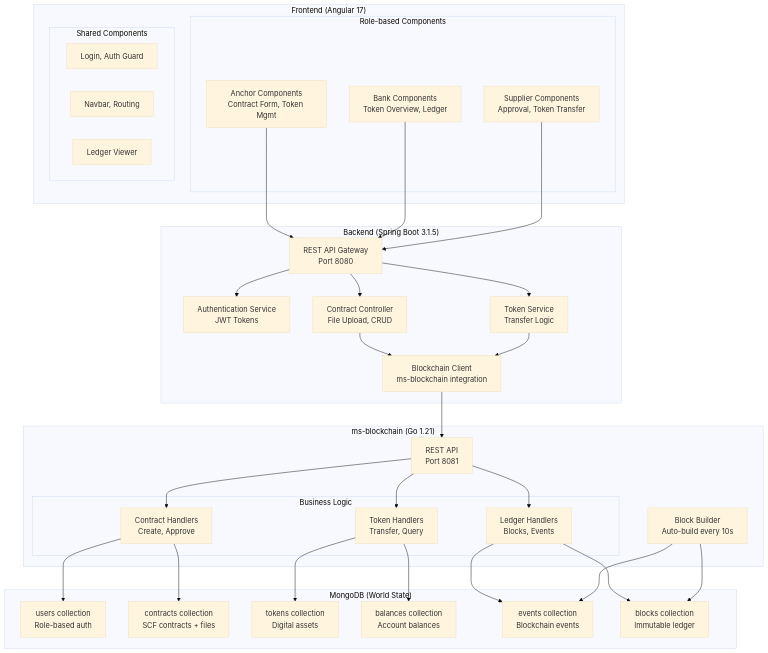
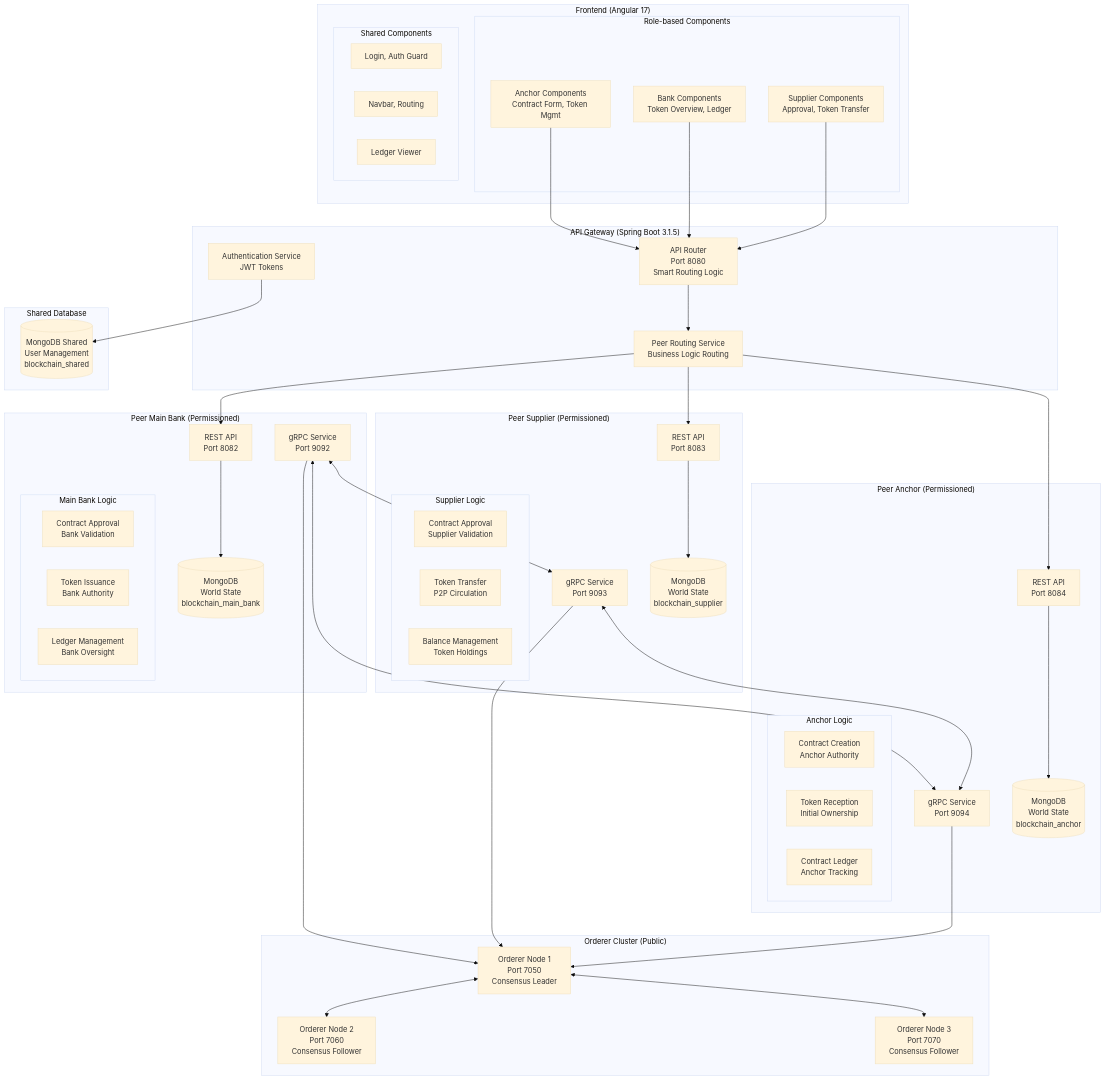
The first of 6 diagrams in SYSTEM_DIAGRAM.md (trunghc97/blockchain), drawn with Mermaid (base theme) before and after one commit. The commit also changed other lines of this file and 56 other files, not shown here.

First line of the commit message:
refactor: Implement permissioned blockchain architecture with multi-peer nodes and Orderer cluster

````diff
--- a/SYSTEM_DIAGRAM.md
+++ b/SYSTEM_DIAGRAM.md
@@ -25,55 +26,81 @@
         end
     end
 
-    subgraph "Backend (Spring Boot 3.1.5)"
-        API[REST API Gateway<br/>Port 8080]
+    subgraph "API Gateway (Spring Boot 3.1.5)"
+        AR[API Router<br/>Port 8080<br/>Smart Routing Logic]
         AUTH_S[Authentication Service<br/>JWT Tokens]
-        CONT[Contract Controller<br/>File Upload, CRUD]
-        TOK_S[Token Service<br/>Transfer Logic]
-        BC_C[Blockchain Client<br/>ms-blockchain integration]
+        PR[Peer Routing Service<br/>Business Logic Routing]
     end
 
-    subgraph "ms-blockchain (Go 1.21)"
-        REST[REST API<br/>Port 8081]
-        subgraph "Business Logic"
-            CON_H[Contract Handlers<br/>Create, Approve]
-            TOK_H[Token Handlers<br/>Transfer, Query]
-            LED_H[Ledger Handlers<br/>Blocks, Events]
-        end
-        BLDR[Block Builder<br/>Auto-build every 10s]
+    subgraph "Orderer Cluster (Public)"
+        ORD1[Orderer Node 1<br/>Port 7050<br/>Consensus Leader]
+        ORD2[Orderer Node 2<br/>Port 7060<br/>Consensus Follower]
+        ORD3[Orderer Node 3<br/>Port 7070<br/>Consensus Follower]
     end
 
-    subgraph "MongoDB (World State)"
-        USR[users collection<br/>Role-based auth]
-        CON[contracts collection<br/>SCF contracts + files]
-        TOK[tokens collection<br/>Digital assets]
-        BAL[balances collection<br/>Account balances]
-        EVT[events collection<br/>Blockchain events]
-        BLK[blocks collection<br/>Immutable ledger]
+    subgraph "Peer Main Bank (Permissioned)"
+        MB_API[REST API<br/>Port 8082]
+        MB_GRPC[gRPC Service<br/>Port 9092]
+        subgraph "Main Bank Logic"
+            MB_CON[Contract Approval<br/>Bank Validation]
+            MB_TOK[Token Issuance<br/>Bank Authority]
+            MB_LED[Ledger Management<br/>Bank Oversight]
+        end
+        MB_DB[(MongoDB<br/>World State<br/>blockchain_main_bank)]
     end
 
-    ANC --> API
-    BNK --> API
-    SUP --> API
+    subgraph "Peer Supplier (Permissioned)"
+        SUP_API[REST API<br/>Port 8083]
+        SUP_GRPC[gRPC Service<br/>Port 9093]
+        subgraph "Supplier Logic"
+            SUP_APP[Contract Approval<br/>Supplier Validation]
+            SUP_TOK[Token Transfer<br/>P2P Circulation]
+            SUP_BAL[Balance Management<br/>Token Holdings]
+        end
+        SUP_DB[(MongoDB<br/>World State<br/>blockchain_supplier)]
+    end
 
-    API --> AUTH_S
-    API --> CONT
-    API --> TOK_S
-    CONT --> BC_C
-    TOK_S --> BC_C
+    subgraph "Peer Anchor (Permissioned)"
+        ANC_API[REST API<br/>Port 8084]
+        ANC_GRPC[gRPC Service<br/>Port 9094]
+        subgraph "Anchor Logic"
+            ANC_CON[Contract Creation<br/>Anchor Authority]
+            ANC_TOK[Token Reception<br/>Initial Ownership]
+            ANC_LED[Contract Ledger<br/>Anchor Tracking]
+        end
+        ANC_DB[(MongoDB<br/>World State<br/>blockchain_anchor)]
+    end
 
-    BC_C --> REST
-    REST --> CON_H
-    REST --> TOK_H
-    REST --> LED_H
+    subgraph "Shared Database"
+        SHARED_DB[(MongoDB Shared<br/>User Management<br/>blockchain_shared)]
+    end
 
-    CON_H --> USR
-    CON_H --> CON
-    TOK_H --> TOK
-    TOK_H --> BAL
-    LED_H --> EVT
-    LED_H --> BLK
+    %% Frontend connections
+    ANC --> AR
+    BNK --> AR
+    SUP --> AR
 
-    BLDR --> EVT
-    BLDR --> BLK
+    %% API Gateway routing
+    AR --> PR
+    PR --> MB_API
+    PR --> SUP_API
+    PR --> ANC_API
+
+    %% Orderer connections (consensus)
+    MB_GRPC --> ORD1
+    SUP_GRPC --> ORD1
+    ANC_GRPC --> ORD1
+    ORD1 <--> ORD2
+    ORD1 <--> ORD3
+
+    %% Peer-to-peer communication
+    MB_GRPC <--> SUP_GRPC
+    MB_GRPC <--> ANC_GRPC
+    SUP_GRPC <--> ANC_GRPC
+
+    %% Database connections
+    MB_API --> MB_DB
+    SUP_API --> SUP_DB
+    ANC_API --> ANC_DB
+    AUTH_S --> SHARED_DB
 ```
````
